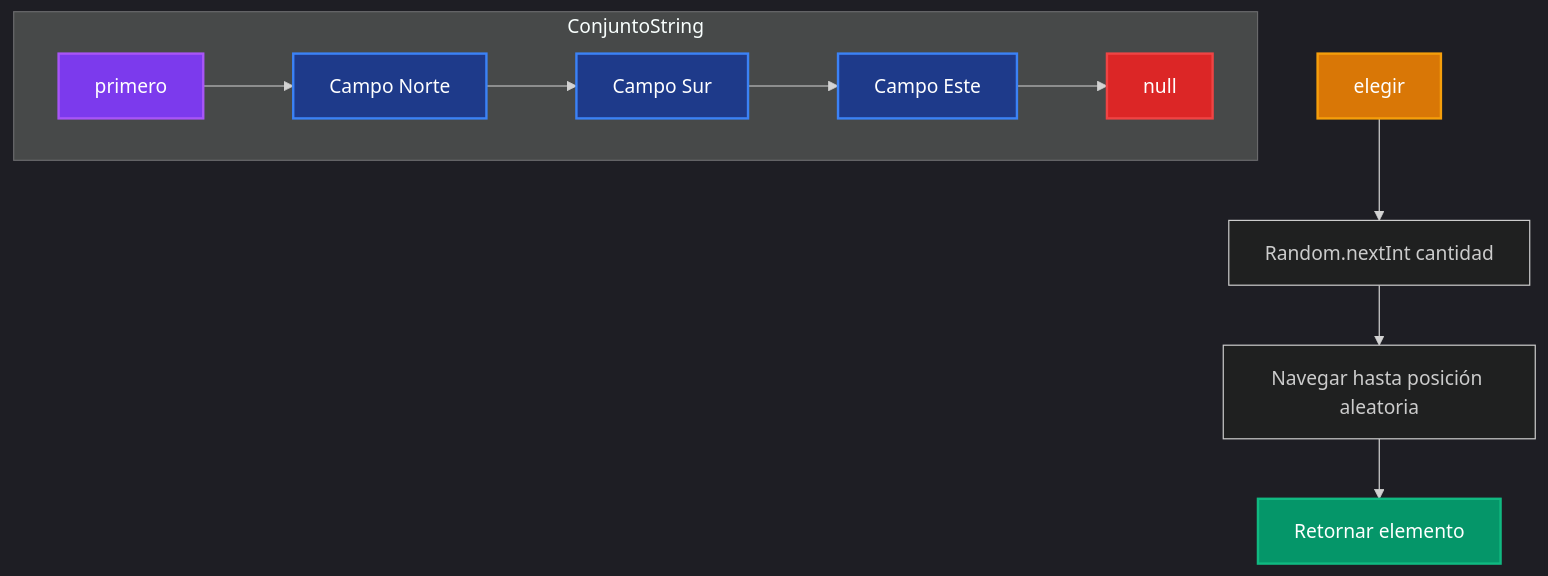
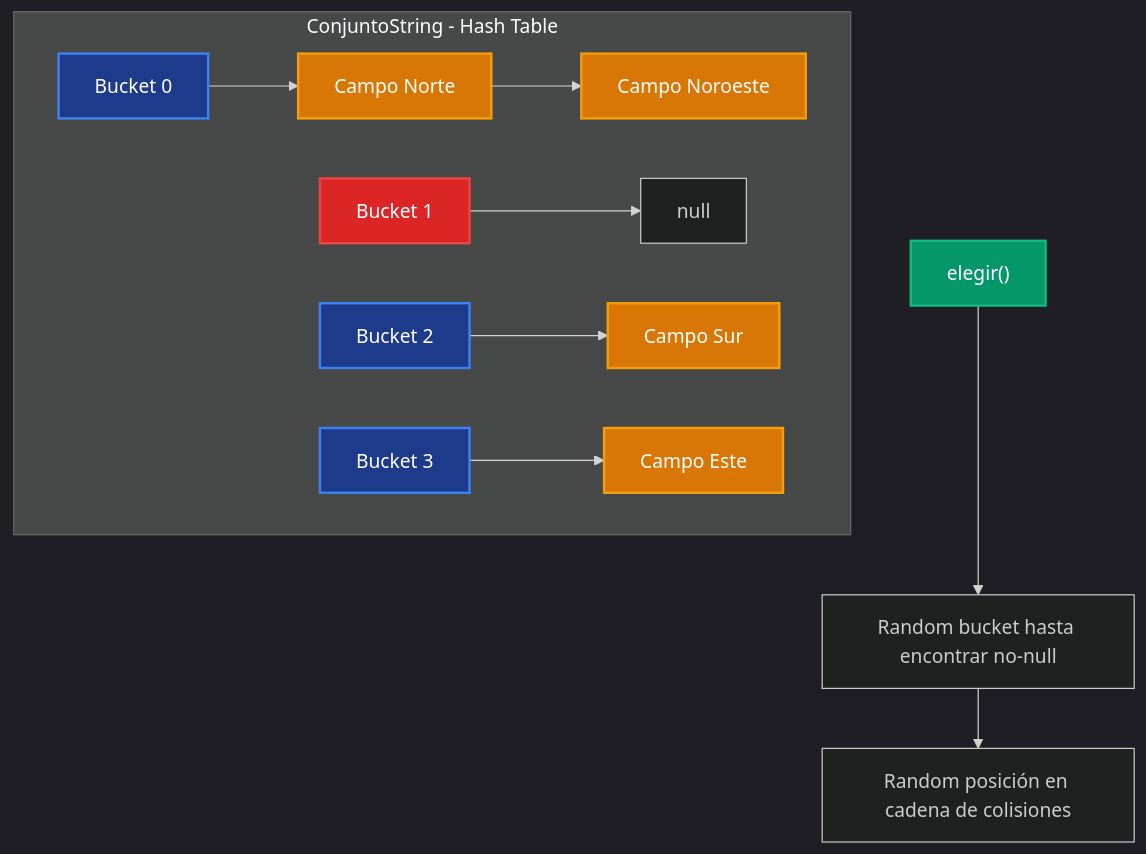
Before and after one commit to pybalt/algo2: diagram 12 of 17 in tp-final/README_IMPLEMENTACIONES.md, drawn with Mermaid. The commit also changed other lines of this file, not shown here.

Commit message:
Revise README_IMPLEMENTACIONES.md to update data structure descriptions, enhance diagram clarity, and improve overall organization. Key changes include restructuring sections on data hierarchies, refining hash table explanations, and optimizing visual elements for better readability.

````diff
--- a/tp-final/README_IMPLEMENTACIONES.md
+++ b/tp-final/README_IMPLEMENTACIONES.md
@@ -298,22 +302,24 @@
 ```mermaid
 %%{init: {'theme':'dark'}}%%
 graph TB
-    subgraph "ConjuntoString"
-        A[primero] --> B[Campo Norte]
-        B --> C[Campo Sur]
-        C --> D[Campo Este]
-        D --> E[null]
+    subgraph "ConjuntoString - Hash Table"
+        A["Bucket 0"] --> B["Campo Norte"]
+        B --> B2["Campo Noroeste"]
+        C["Bucket 1"] --> D["null"]
+        E["Bucket 2"] --> F["Campo Sur"]
+        G["Bucket 3"] --> H["Campo Este"]
     end
     
-    F[elegir] --> G[Random.nextInt cantidad]
-    G --> H[Navegar hasta posición aleatoria]
-    H --> I[Retornar elemento]
+    I["elegir()"] --> J["Random bucket hasta encontrar no-null"]
+    J --> K["Random posición en cadena de colisiones"]
     
-    style A fill:#7c3aed,stroke:#a855f7,stroke-width:2px,color:#fff
-    style B fill:#1e3a8a,stroke:#3b82f6,stroke-width:2px,color:#fff
-    style C fill:#1e3a8a,stroke:#3b82f6,stroke-width:2px,color:#fff
-    style D fill:#1e3a8a,stroke:#3b82f6,stroke-width:2px,color:#fff
-    style E fill:#dc2626,stroke:#ef4444,stroke-width:2px,color:#fff
+    style A fill:#1e3a8a,stroke:#3b82f6,stroke-width:2px,color:#fff
+    style C fill:#dc2626,stroke:#ef4444,stroke-width:2px,color:#fff
+    style E fill:#1e3a8a,stroke:#3b82f6,stroke-width:2px,color:#fff
+    style G fill:#1e3a8a,stroke:#3b82f6,stroke-width:2px,color:#fff
+    style B fill:#d97706,stroke:#f59e0b,stroke-width:2px,color:#fff
+    style B2 fill:#d97706,stroke:#f59e0b,stroke-width:2px,color:#fff
     style F fill:#d97706,stroke:#f59e0b,stroke-width:2px,color:#fff
+    style H fill:#d97706,stroke:#f59e0b,stroke-width:2px,color:#fff
     style I fill:#059669,stroke:#10b981,stroke-width:2px,color:#fff
 ```
````
